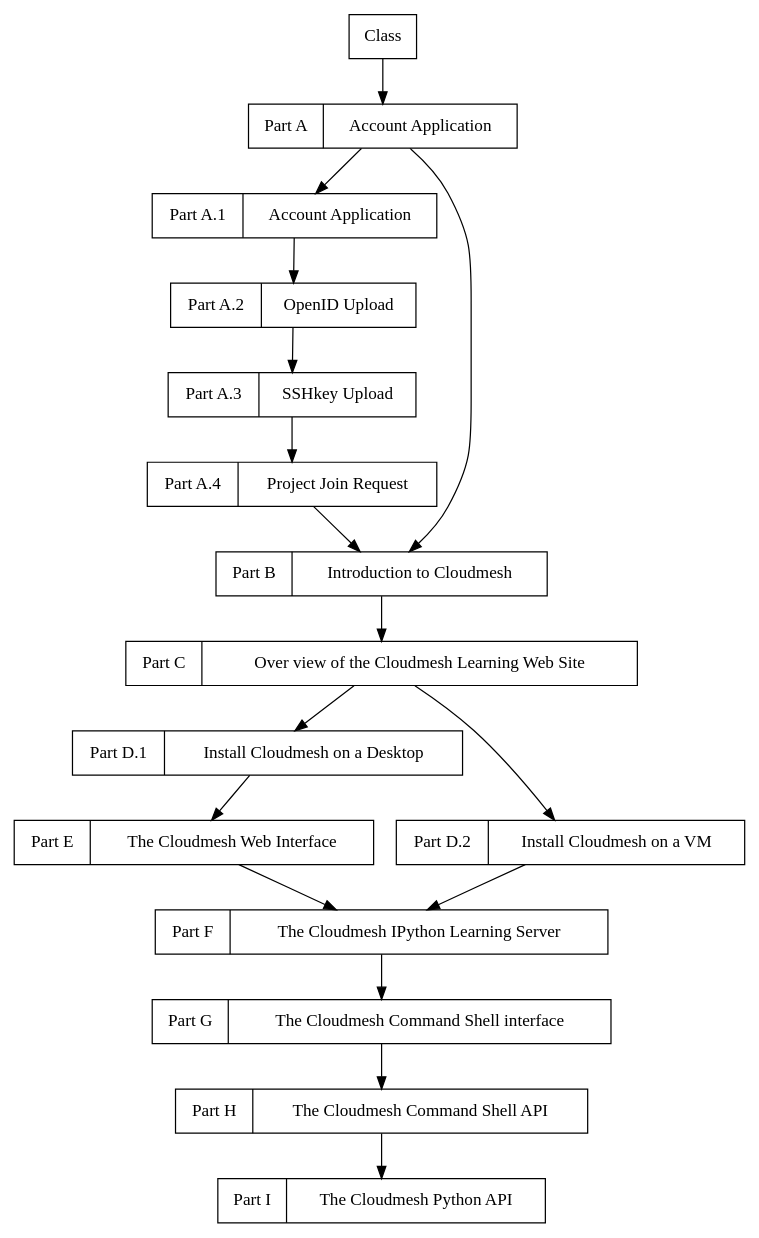
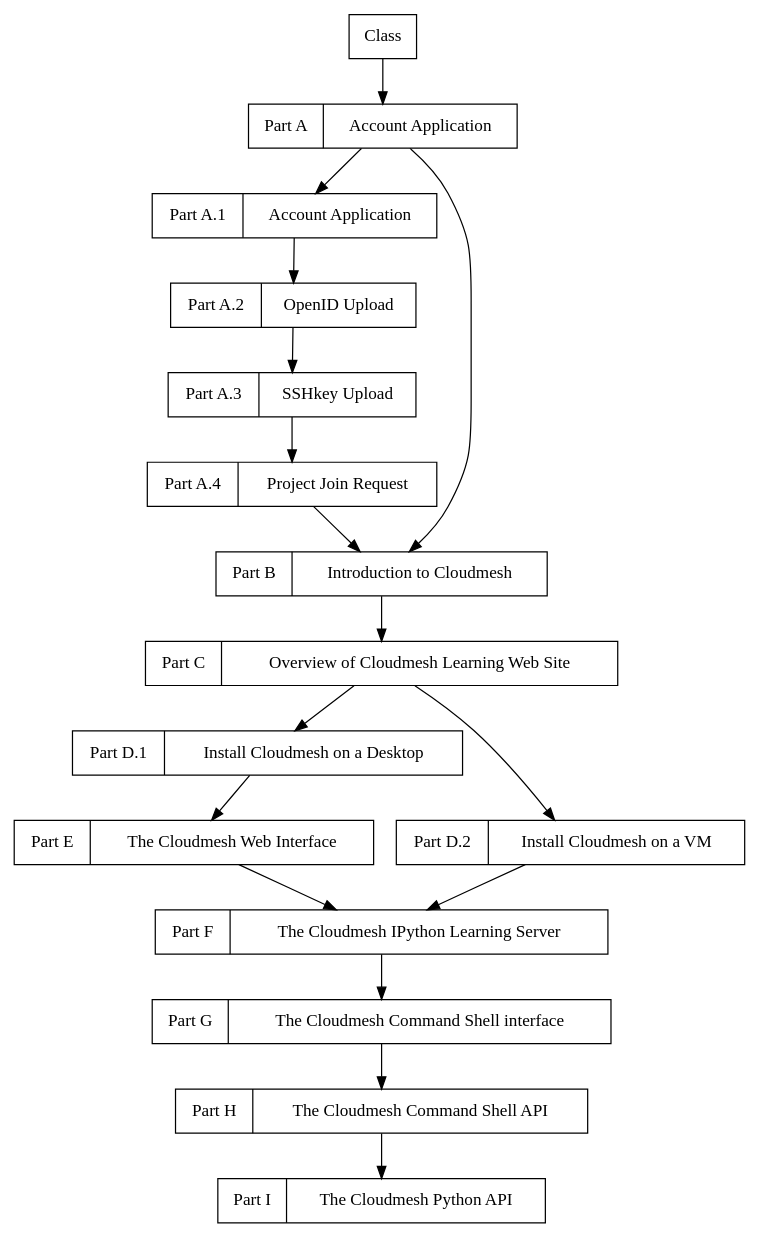
Before and after one commit to cloudmesh/useful-introduction_to_cloud-2015: the diagram in docs/source/class/i590.rst, drawn with Graphviz. The commit also changed other lines of this file, not shown here.

```diff
--- a/docs/source/class/i590.rst
+++ b/docs/source/class/i590.rst
@@ -13,73 +13,73 @@
 .. graphviz::
 
       digraph foo {
 	   node [shape=record];
 
 	   a [label="Part A | Account Application ",
 	       URL="http://www.youtube.com/watch?v=CwHFaluDgzc", 
 	       target="_blank"];
 
 	   a1 [label="Part A.1 | Account Application ",
 	       URL="http://www.youtube.com/watch?v=c7mjKI8mJws", 
 	       target="_blank"];
 
 	   a2 [label="Part A.2 | OpenID Upload ",
 	       URL="http://www.youtube.com/watch?v=rZzpCYWDEpI", 
 	       target="_blank"];
 
 	   a3 [label="Part A.3 | SSHkey Upload ",
 	       URL="http://www.youtube.com/watch?v=4wjVwQbOlSU", 
 	       target="_blank"];
 
 	   a4 [label="Part A.4 | Project Join Request",
 	       URL="http://www.youtube.com/watch?v=5xQiPBwt58s", 
 	       target="_blank"];
 
 	   b [label="Part B | Introduction to Cloudmesh ",
 	       URL="http://www.youtube.com/watch?v=njHHjRMb7V8", 
 	       target="_blank"];
 
-	   c [label="Part C | Over view of the Cloudmesh Learning Web Site",
+	   c [label="Part C | Overview of Cloudmesh Learning Web Site",
 	       URL="http://www.youtube.com/watch?v=uGIPmiJ0cxg", 
 	       target="_blank"];
 
 	   d1 [label="Part D.1 | Install Cloudmesh on a Desktop",
 	       URL="http://www.youtube.com/watch?v=lGiJifD0VgU", 
 	       target="_blank"];
 
 	   d2 [label="Part D.2 | Install Cloudmesh on a VM",
 	       URL="http://www.youtube.com/watch?v=rcecpgm-47g", 
 	       target="_blank"];
 
 	   e  [label="Part E | The Cloudmesh Web Interface",
 	       URL="http://www.youtube.com/watch?v=l_P4G85rysA", 
 	       target="_blank"];
 
 	   f  [label="Part F | The Cloudmesh IPython Learning Server",
 	       URL="http://www.youtube.com/watch?v=1dn_av-zC00", 
 	       target="_blank"];
 
 	   g  [label="Part G | The Cloudmesh Command Shell interface",
 	       URL="http://www.youtube.com/watch?v=hdq-t-ggkXA", 
 	       target="_blank"];
 
 	   h  [label="Part H | The Cloudmesh Command Shell API",
 	       URL="http://www.youtube.com/watch?v=mF33LYqC30c", 
 	       target="_blank"];
 
 	   i  [label="Part I | The Cloudmesh Python API",
 	       URL="http://www.youtube.com/watch?v=xOL_-Sfh9MA", 
 	       target="_blank"];
 
            class [label="Class"];
            subgraph accounts {
 	       a1 -> a2 -> a3 -> a4 
            }
 
 	   a -> a1 [lhead=accounts];
 	   a4 -> b [ltail=accounts];
 	   class -> a -> b -> c ;
 	   c -> d1;
 	   c -> d2 -> f;
 	   d1 -> e -> f -> g -> h -> i;
       }
```
